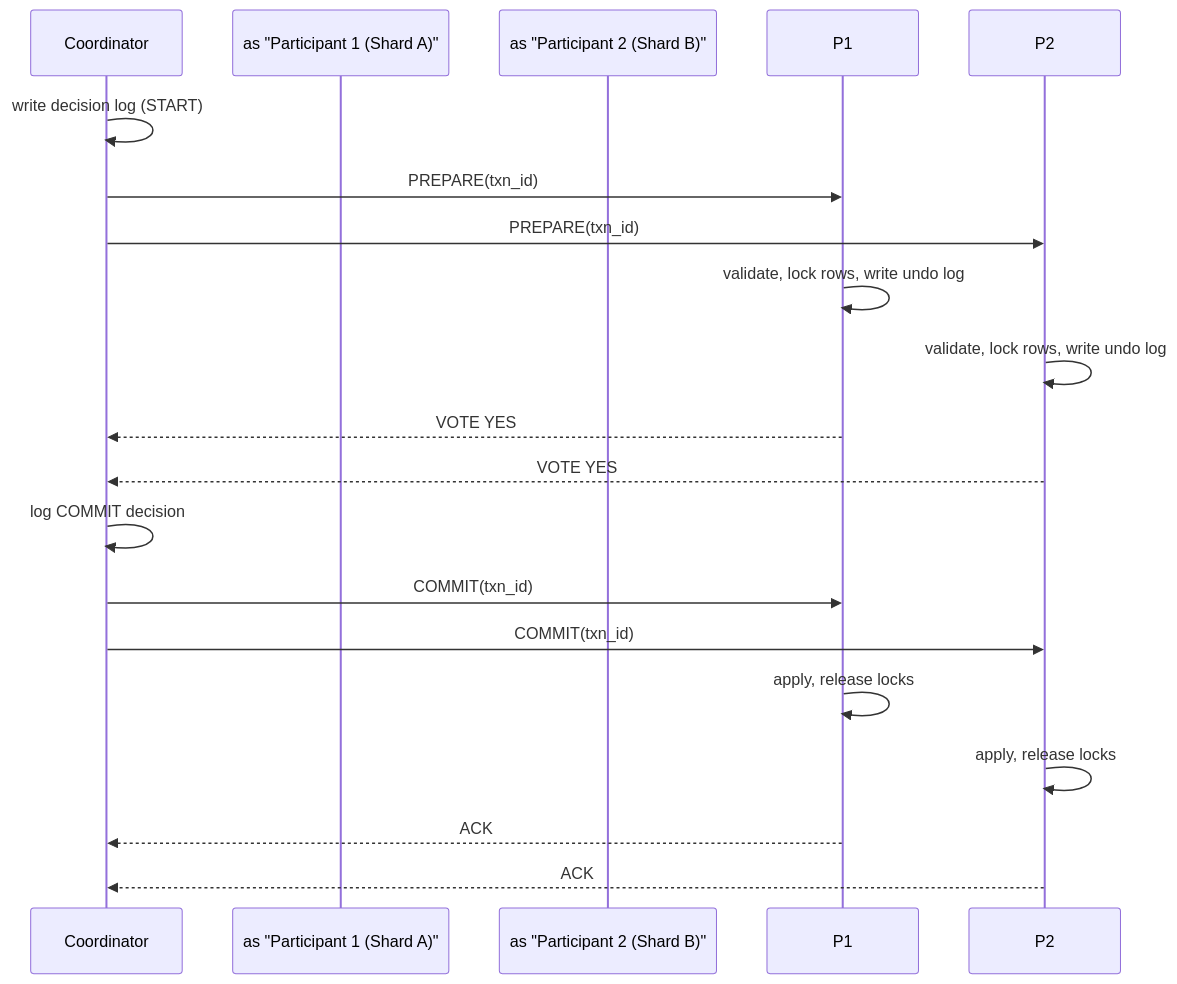
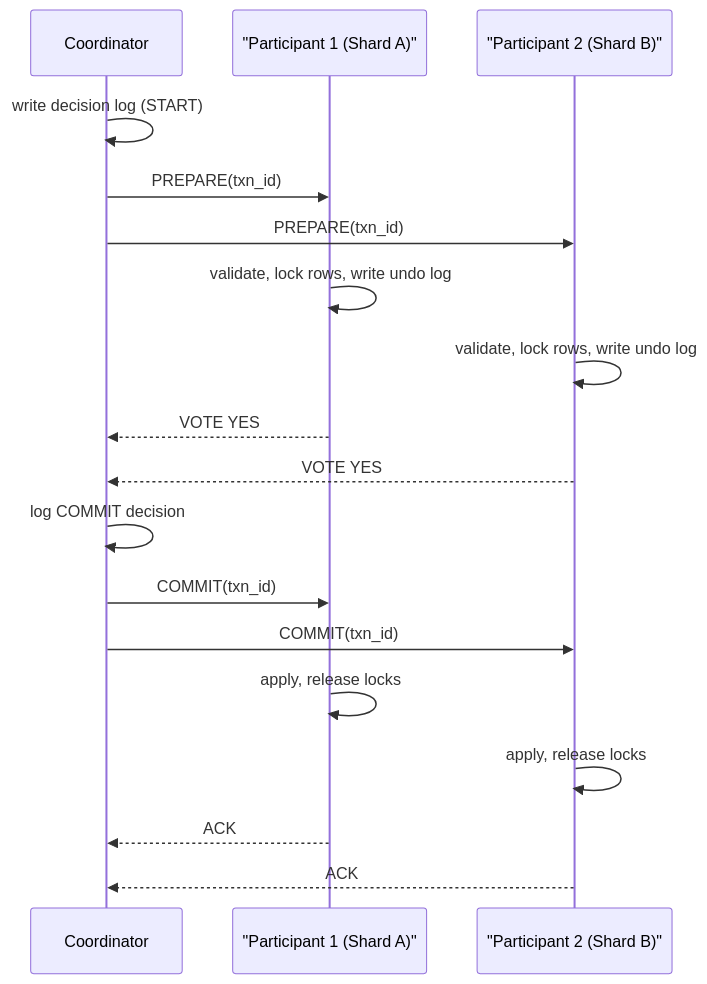
One commit to hareramcse/SystemDesign changed diagram 22 of 36 in 05-distributed-databases/README.md. Above: the diagram before and after it, drawn with Mermaid. The commit also changed 6 other files, not shown here.

````diff
--- a/05-distributed-databases/README.md
+++ b/05-distributed-databases/README.md
@@ -1453,20 +1453,20 @@
 ```mermaid
 sequenceDiagram
     participant TC as Coordinator
-    participant  as "Participant 1 (Shard A)"
-    participant  as "Participant 2 (Shard B)"
+    participant P1 as "Participant 1 (Shard A)"
+    participant P2 as "Participant 2 (Shard B)"
     TC->>TC: write decision log (START)
     TC->>P1: PREPARE(txn_id)
     TC->>P2: PREPARE(txn_id)
     P1->>P1: validate, lock rows, write undo log
     P2->>P2: validate, lock rows, write undo log
     P1-->>TC: VOTE YES
     P2-->>TC: VOTE YES
     TC->>TC: log COMMIT decision
     TC->>P1: COMMIT(txn_id)
     TC->>P2: COMMIT(txn_id)
     P1->>P1: apply, release locks
     P2->>P2: apply, release locks
     P1-->>TC: ACK
     P2-->>TC: ACK
 ```
````
